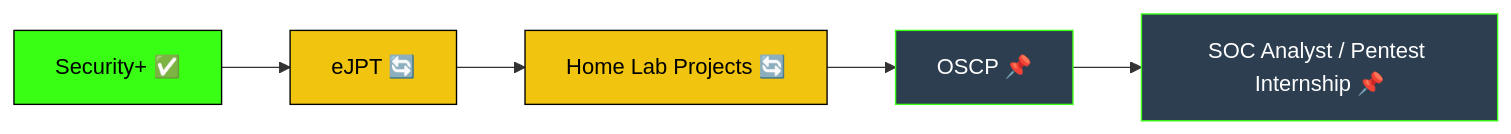
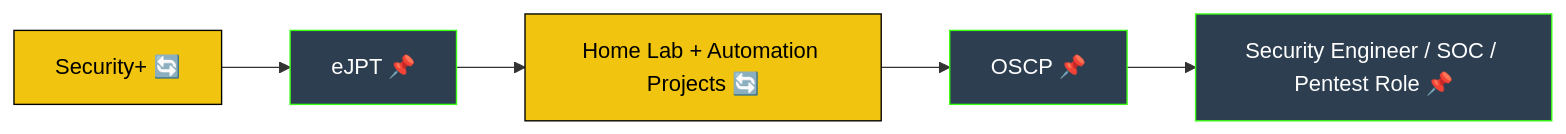
One commit to Hiruthik07/Hiruthik07 changed the diagram in README.md. Above: the diagram before and after it, drawn with Mermaid. The commit also changed other lines of this file, not shown here.

````diff
--- a/README.md
+++ b/README.md
@@ -183,12 +182,12 @@
 ```mermaid
 graph LR
-    A[Security+ ✅] --> B[eJPT 🔄]
-    B --> C[Home Lab Projects 🔄]
+    A[Security+ 🔄] --> B[eJPT 📌]
+    B --> C[Home Lab + Automation Projects 🔄]
     C --> D[OSCP 📌]
-    D --> E[SOC Analyst / Pentest Internship 📌]
-    style A fill:#39ff14,stroke:#000,color:#000
-    style B fill:#f1c40f,stroke:#000,color:#000
+    D --> E[Security Engineer / SOC / Pentest Role 📌]
+    style A fill:#f1c40f,stroke:#000,color:#000
+    style B fill:#2c3e50,stroke:#39ff14,color:#fff
     style C fill:#f1c40f,stroke:#000,color:#000
     style D fill:#2c3e50,stroke:#39ff14,color:#fff
     style E fill:#2c3e50,stroke:#39ff14,color:#fff
 ```
````
